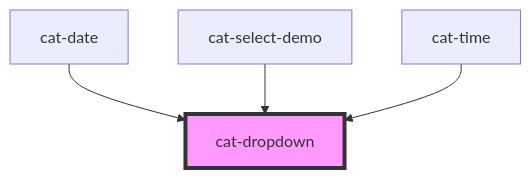
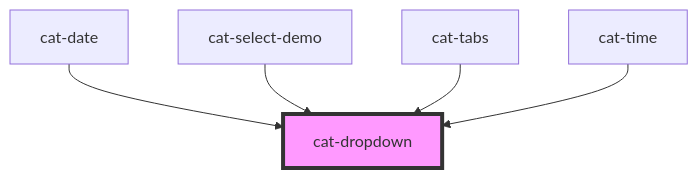
Before and after one commit to haiilo/catalyst: the diagram in core/src/components/cat-dropdown/readme.md, drawn with Mermaid. The commit also changed other lines of this file and 26 other files, not shown here.

Commit message:
feat(core): adaptive cat-tabs

````diff
--- a/core/src/components/cat-dropdown/readme.md
+++ b/core/src/components/cat-dropdown/readme.md
@@ -84,7 +86,8 @@
 ```mermaid
 graph TD;
   cat-date --> cat-dropdown
   cat-select-demo --> cat-dropdown
+  cat-tabs --> cat-dropdown
   cat-time --> cat-dropdown
   style cat-dropdown fill:#f9f,stroke:#333,stroke-width:4px
 ```
````
